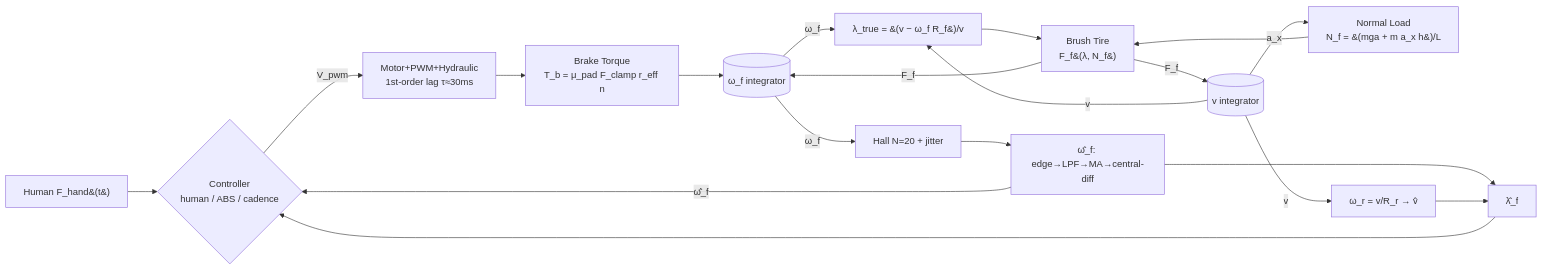
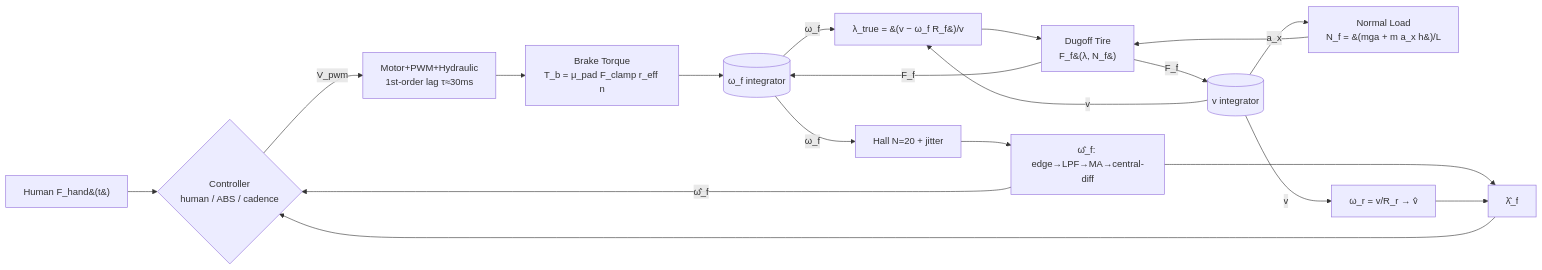
One commit to wannaBeTheBestMe/cargo-ebike-abs-sim changed the diagram in PLAN.md. Above: the diagram before and after it, drawn with Mermaid. The commit also changed 4 other files, not shown here.

First line of the commit message:
Relabel tire block as Dugoff in diagrams (graphviz + mermaid)

````diff
--- a/PLAN.md
+++ b/PLAN.md
@@ -288,31 +288,31 @@
 ```mermaid
 flowchart LR
     HUM[Human F_hand&#40;t&#41;]
     CTRL{Controller<br/>human / ABS / cadence}
     ACT[Motor+PWM+Hydraulic<br/>1st-order lag τ≈30ms]
     BRK[Brake Torque<br/>T_b = μ_pad F_clamp r_eff n]
     WHL[(ω_f integrator)]
     VEH[(v integrator)]
     NRM[Normal Load<br/>N_f = &#40;mga + m a_x h&#41;/L]
-    TIRE[Brush Tire<br/>F_f&#40;λ, N_f&#41;]
+    TIRE[Dugoff Tire<br/>F_f&#40;λ, N_f&#41;]
     SLIPT[λ_true = &#40;v − ω_f R_f&#41;/v]
 
     HALL[Hall N=20 + jitter]
     EST[ω̂_f: edge→LPF→MA→central-diff]
     REAR[ω_r = v/R_r → v̂]
     SLIPE[λ̂_f]
 
     HUM --> CTRL
     CTRL -- V_pwm --> ACT --> BRK --> WHL
     TIRE -- F_f --> WHL
     TIRE -- F_f --> VEH
     VEH -- v --> SLIPT
     WHL -- ω_f --> SLIPT
     SLIPT --> TIRE
     VEH -- a_x --> NRM --> TIRE
 
     WHL -- ω_f --> HALL --> EST --> SLIPE
     VEH -- v --> REAR --> SLIPE
     SLIPE --> CTRL
     EST -- ω̇̂_f --> CTRL
 ```
````
